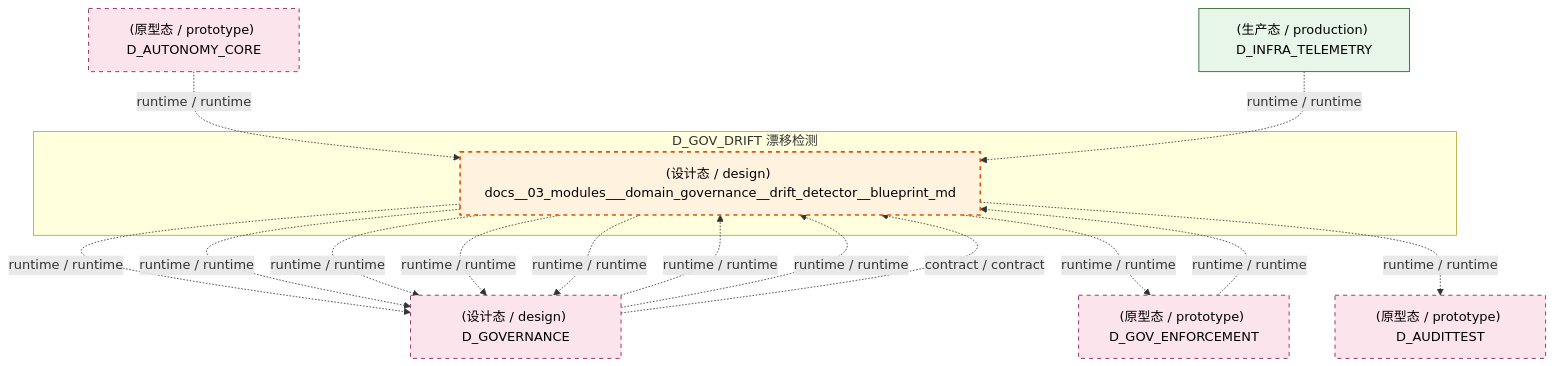
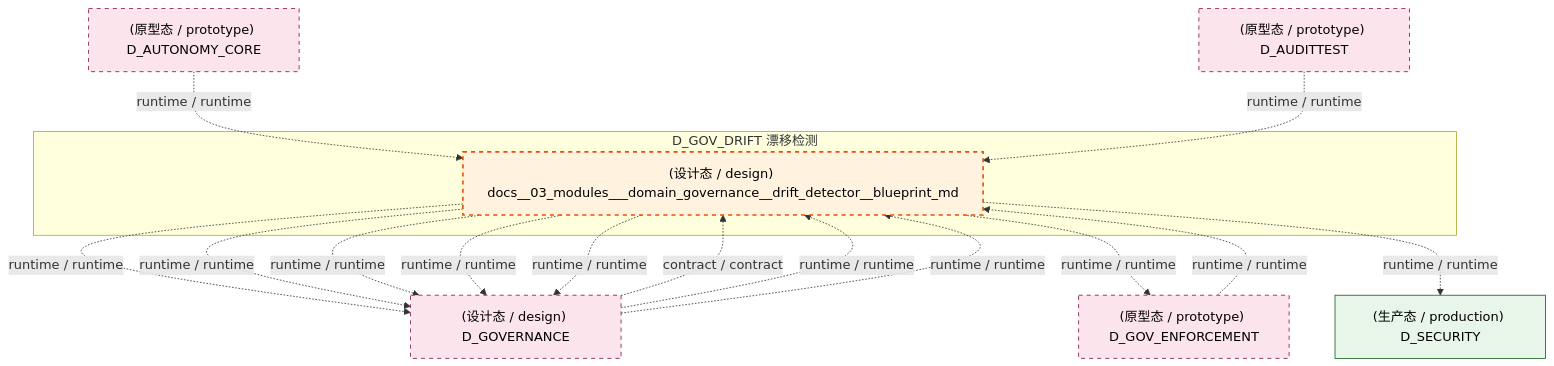
The first of 3 diagrams in docs/02_enterprise_architecture/02_domain_architecture_docs/34_d_gov_drift.md (xuanFelixVan/ZephyrAlpha), drawn with Mermaid before and after one commit. The commit also changed other lines of this file and 100 other files, not shown here.

````diff
--- a/docs/02_enterprise_architecture/02_domain_architecture_docs/34_d_gov_drift.md
+++ b/docs/02_enterprise_architecture/02_domain_architecture_docs/34_d_gov_drift.md
@@ -64,31 +64,31 @@
 ```mermaid
 graph TD
     subgraph D_GOV_DRIFT["D_GOV_DRIFT 漂移检测"]
         docs_03_modules_domain_governance_drift_detector_blueprint_md["(设计态 / design) docs__03_modules___domain_governance__drift_detector__blueprint_md"]
     end
     D_GOVERNANCE["(设计态 / design) D_GOVERNANCE"]
     docs_03_modules_domain_governance_drift_detector_blueprint_md -.->|runtime / runtime| D_GOVERNANCE
     docs_03_modules_domain_governance_drift_detector_blueprint_md -.->|runtime / runtime| D_GOVERNANCE
     D_GOV_ENFORCEMENT["(原型态 / prototype) D_GOV_ENFORCEMENT"]
     docs_03_modules_domain_governance_drift_detector_blueprint_md -.->|runtime / runtime| D_GOV_ENFORCEMENT
-    D_AUDITTEST["(原型态 / prototype) D_AUDITTEST"]
-    docs_03_modules_domain_governance_drift_detector_blueprint_md -.->|runtime / runtime| D_AUDITTEST
+    D_SECURITY["(生产态 / production) D_SECURITY"]
+    docs_03_modules_domain_governance_drift_detector_blueprint_md -.->|runtime / runtime| D_SECURITY
     docs_03_modules_domain_governance_drift_detector_blueprint_md -.->|runtime / runtime| D_GOVERNANCE
     docs_03_modules_domain_governance_drift_detector_blueprint_md -.->|runtime / runtime| D_GOVERNANCE
     docs_03_modules_domain_governance_drift_detector_blueprint_md -.->|runtime / runtime| D_GOVERNANCE
-    D_GOV_ENFORCEMENT -.->|runtime / runtime| docs_03_modules_domain_governance_drift_detector_blueprint_md
+    D_GOVERNANCE -.->|contract / contract| docs_03_modules_domain_governance_drift_detector_blueprint_md
     D_GOVERNANCE -.->|runtime / runtime| docs_03_modules_domain_governance_drift_detector_blueprint_md
     D_GOVERNANCE -.->|runtime / runtime| docs_03_modules_domain_governance_drift_detector_blueprint_md
-    D_GOVERNANCE -.->|contract / contract| docs_03_modules_domain_governance_drift_detector_blueprint_md
+    D_GOV_ENFORCEMENT -.->|runtime / runtime| docs_03_modules_domain_governance_drift_detector_blueprint_md
     D_AUTONOMY_CORE["(原型态 / prototype) D_AUTONOMY_CORE"]
     D_AUTONOMY_CORE -.->|runtime / runtime| docs_03_modules_domain_governance_drift_detector_blueprint_md
-    D_INFRA_TELEMETRY["(生产态 / production) D_INFRA_TELEMETRY"]
-    D_INFRA_TELEMETRY -.->|runtime / runtime| docs_03_modules_domain_governance_drift_detector_blueprint_md
+    D_AUDITTEST["(原型态 / prototype) D_AUDITTEST"]
+    D_AUDITTEST -.->|runtime / runtime| docs_03_modules_domain_governance_drift_detector_blueprint_md
     classDef production fill:#e1f5fe,stroke:#01579b,stroke-width:2px,color:#000
     classDef design fill:#fff3e0,stroke:#e65100,stroke-width:2px,color:#000,stroke-dasharray: 5 5
     classDef external_prod fill:#e8f5e9,stroke:#1b5e20,stroke-width:1px,color:#000
     classDef external_design fill:#fce4ec,stroke:#880e4f,stroke-width:1px,color:#000,stroke-dasharray: 5 5
     class docs_03_modules_domain_governance_drift_detector_blueprint_md design
-    class D_INFRA_TELEMETRY external_prod
-    class D_GOVERNANCE,D_GOV_ENFORCEMENT,D_AUDITTEST,D_AUTONOMY_CORE external_design
+    class D_SECURITY external_prod
+    class D_GOVERNANCE,D_GOV_ENFORCEMENT,D_AUTONOMY_CORE,D_AUDITTEST external_design
 ```
````
